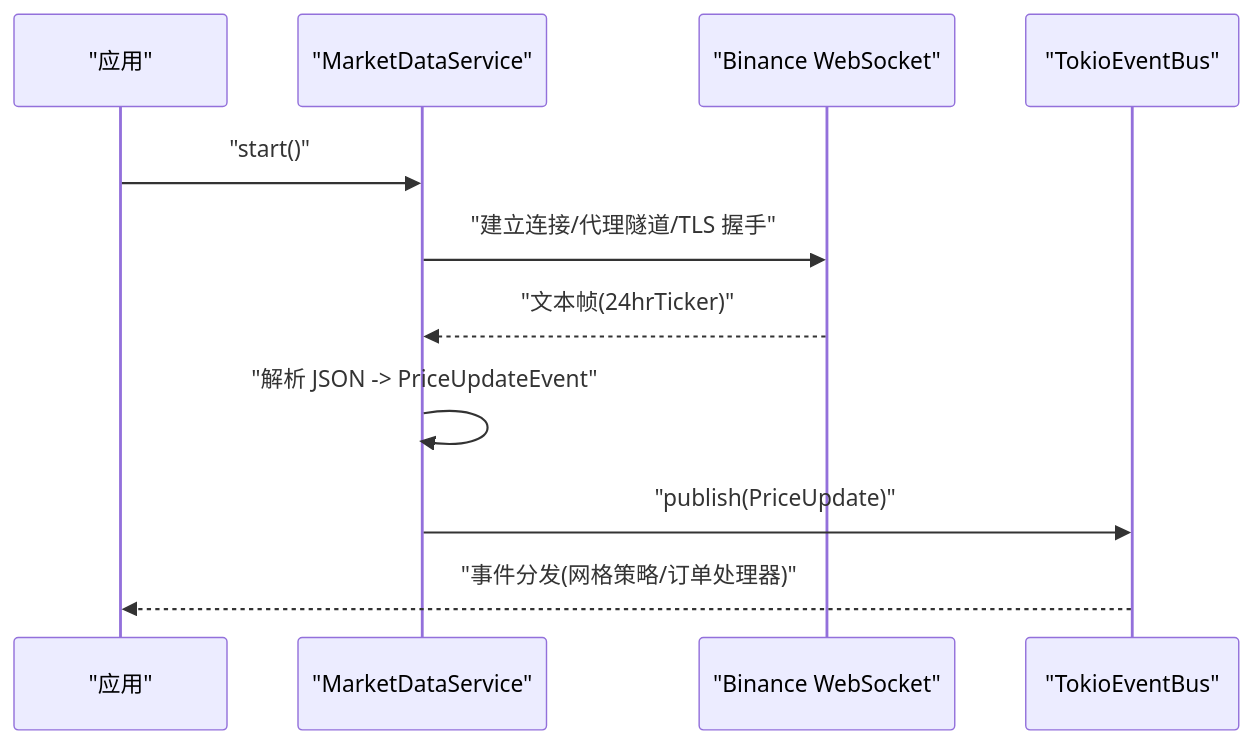
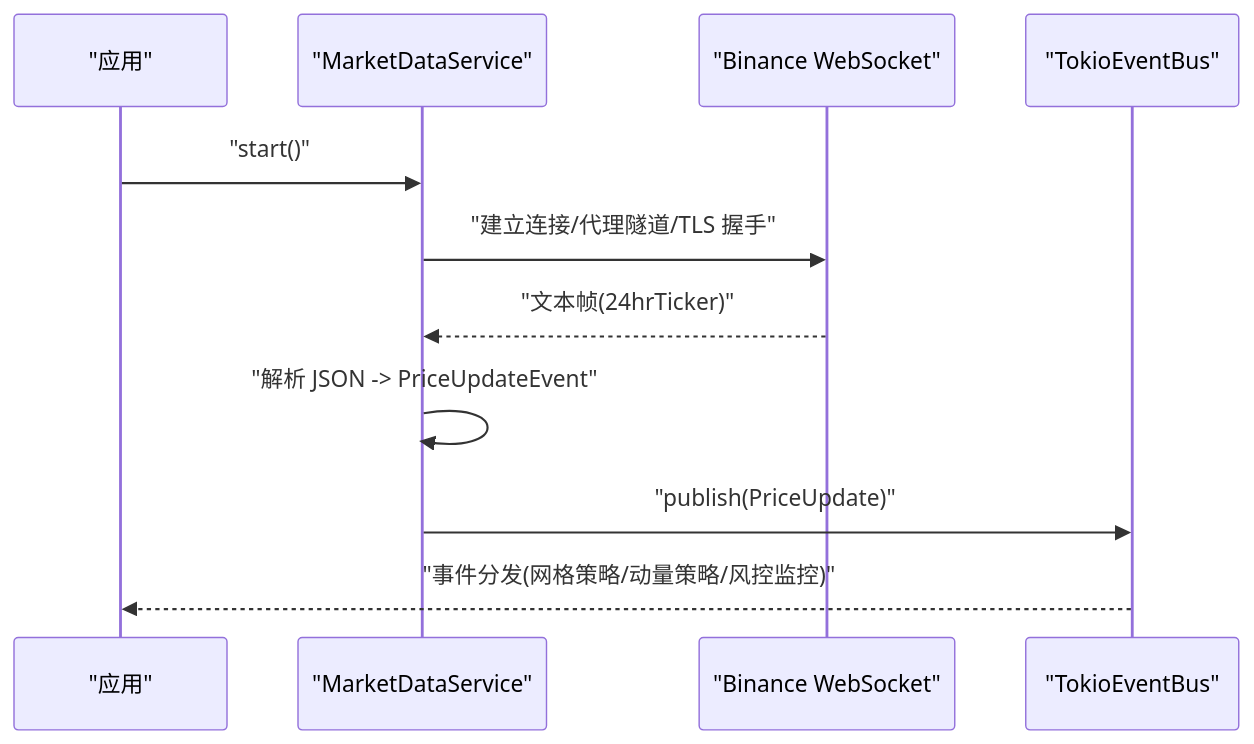
Before and after one commit to Heres1/binanceWebsocket: the eighth of 12 diagrams in .qoder/repowiki/zh/content/架构设计/事件驱动架构.md, drawn with Mermaid. The commit also changed other lines of this file and 14 other files, not shown here.

````diff
--- a/.qoder/repowiki/zh/content/架构设计/事件驱动架构.md
+++ b/.qoder/repowiki/zh/content/架构设计/事件驱动架构.md
@@ -305,13 +409,13 @@
 ```mermaid
 sequenceDiagram
 participant App as "应用"
 participant MDS as "MarketDataService"
 participant WS as "Binance WebSocket"
 participant Bus as "TokioEventBus"
 App->>MDS : "start()"
 MDS->>WS : "建立连接/代理隧道/TLS 握手"
 WS-->>MDS : "文本帧(24hrTicker)"
 MDS->>MDS : "解析 JSON -> PriceUpdateEvent"
 MDS->>Bus : "publish(PriceUpdate)"
-Bus-->>App : "事件分发(网格策略/订单处理器)"
+Bus-->>App : "事件分发(网格策略/动量策略/风控监控)"
 ```
````
